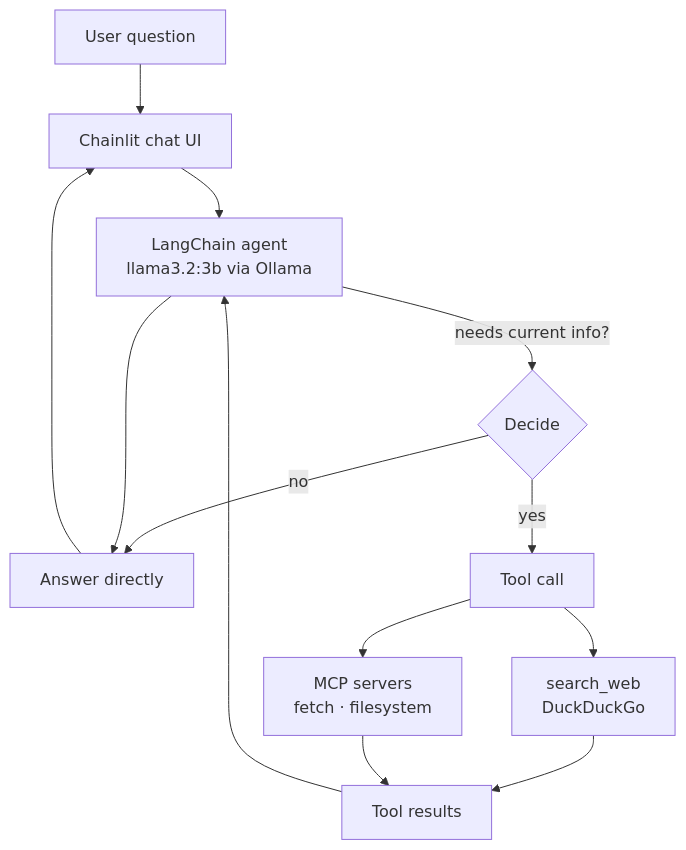
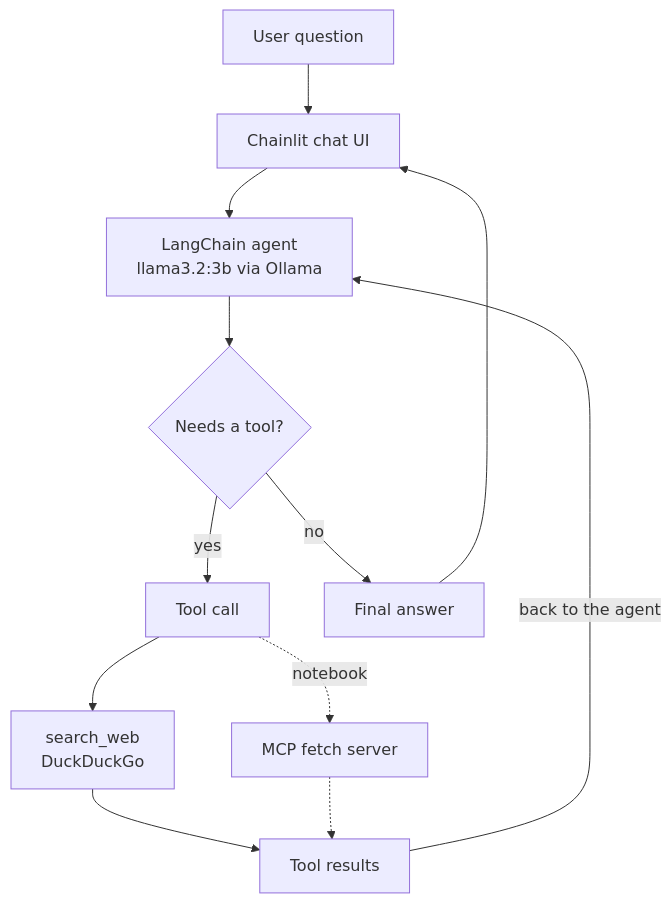
The diagram in README.md (sparveencmu/ask-the-web-agent), drawn with Mermaid before and after one commit. The commit also changed other lines of this file, not shown here.

Commit message:
Clarify what runs locally and fix architecture diagram

````diff
--- a/README.md
+++ b/README.md
@@ -9,15 +9,14 @@
 ```mermaid
 flowchart TD
     U[User question] --> UI[Chainlit chat UI]
     UI --> AG[LangChain agent<br/>llama3.2:3b via Ollama]
-    AG -->|needs current info?| D{Decide}
-    D -->|no| ANS[Answer directly]
+    AG --> D{Needs a tool?}
     D -->|yes| TC[Tool call]
     TC --> WS[search_web<br/>DuckDuckGo]
-    TC --> MCP[MCP servers<br/>fetch · filesystem]
+    TC -.->|notebook| MCP[MCP fetch server]
     WS --> OBS[Tool results]
-    MCP --> OBS
-    OBS --> AG
-    AG --> ANS
+    MCP -.-> OBS
+    OBS -->|back to the agent| AG
+    D -->|no| ANS[Final answer]
     ANS --> UI
 ```
````
